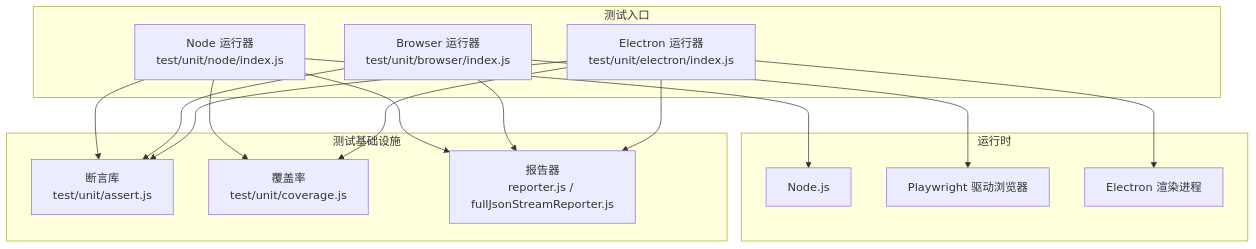
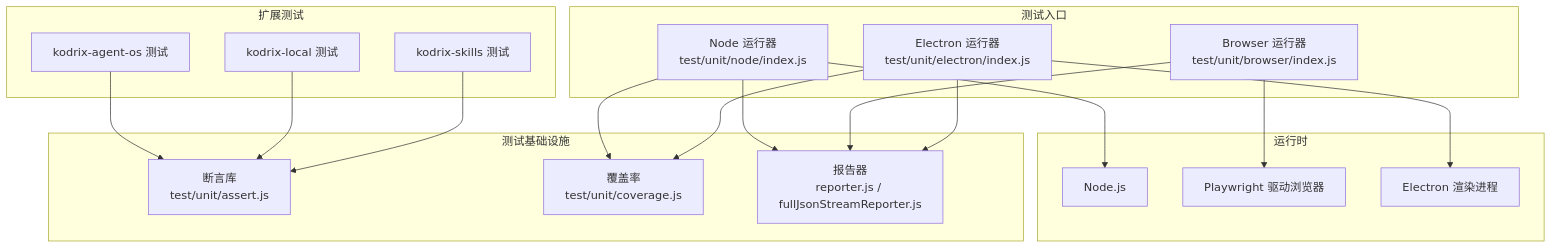
Before and after one commit to sofate798/KodrixCode: the second of 8 diagrams in .qoder/repowiki/zh/content/测试策略/单元测试.md, drawn with Mermaid. The commit also changed other lines of this file and 84 other files, not shown here.

````diff
--- a/.qoder/repowiki/zh/content/测试策略/单元测试.md
+++ b/.qoder/repowiki/zh/content/测试策略/单元测试.md
@@ -85,29 +99,34 @@
 ```mermaid
 graph TB
 subgraph "测试入口"
 N["Node 运行器<br/>test/unit/node/index.js"]
 B["Browser 运行器<br/>test/unit/browser/index.js"]
 E["Electron 运行器<br/>test/unit/electron/index.js"]
 end
+subgraph "扩展测试"
+EA["kodrix-agent-os 测试"]
+EL["kodrix-local 测试"]
+ES["kodrix-skills 测试"]
+end
 subgraph "运行时"
 NJ["Node.js"]
 PW["Playwright 驱动浏览器"]
-EL["Electron 渲染进程"]
+ELC["Electron 渲染进程"]
 end
 subgraph "测试基础设施"
 AS["断言库<br/>test/unit/assert.js"]
 COV["覆盖率<br/>test/unit/coverage.js"]
 REP["报告器<br/>reporter.js / fullJsonStreamReporter.js"]
 end
 N --> NJ
 B --> PW
-E --> EL
-N --> AS
-B --> AS
-E --> AS
+E --> ELC
+EA --> AS
+EL --> AS
+ES --> AS
 N --> COV
 E --> COV
 N --> REP
 B --> REP
 E --> REP
 ```
````
